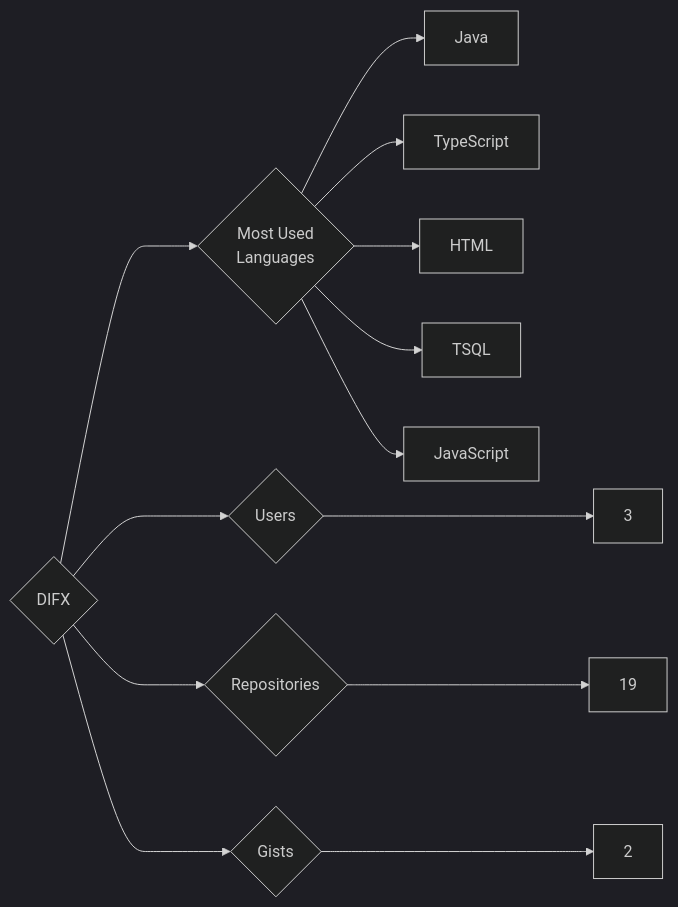
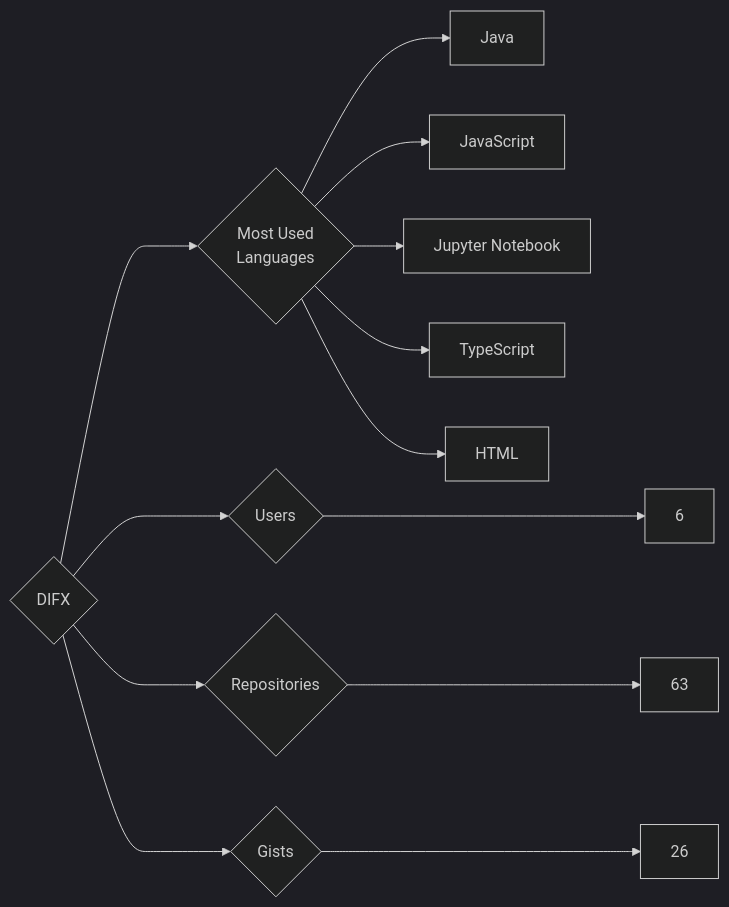
One commit to trickest/insiders changed the diagram in targets/DIFX/README.md. Above: the diagram before and after it, drawn with Mermaid (dark theme). The commit also changed 776 other files, not shown here.

````diff
--- a/targets/DIFX/README.md
+++ b/targets/DIFX/README.md
@@ -3,13 +3,13 @@
 ```mermaid
 graph LR
 COMPANY_NAME{DIFX}
-COMPANY_NAME ---> U{Users} ---> UN[3]
-COMPANY_NAME ---> R{Repositories} ---> RN[19]
-COMPANY_NAME ---> G{Gists} ---> GN[2]
+COMPANY_NAME ---> U{Users} ---> UN[6]
+COMPANY_NAME ---> R{Repositories} ---> RN[63]
+COMPANY_NAME ---> G{Gists} ---> GN[26]
 COMPANY_NAME ---> ML{Most Used<br>Languages}
 ML --> Java[Java]
+ML --> JavaScript[JavaScript]
+ML --> Jupyter_Notebook[Jupyter Notebook]
 ML --> TypeScript[TypeScript]
 ML --> HTML[HTML]
-ML --> TSQL[TSQL]
-ML --> JavaScript[JavaScript]
 ```
````
